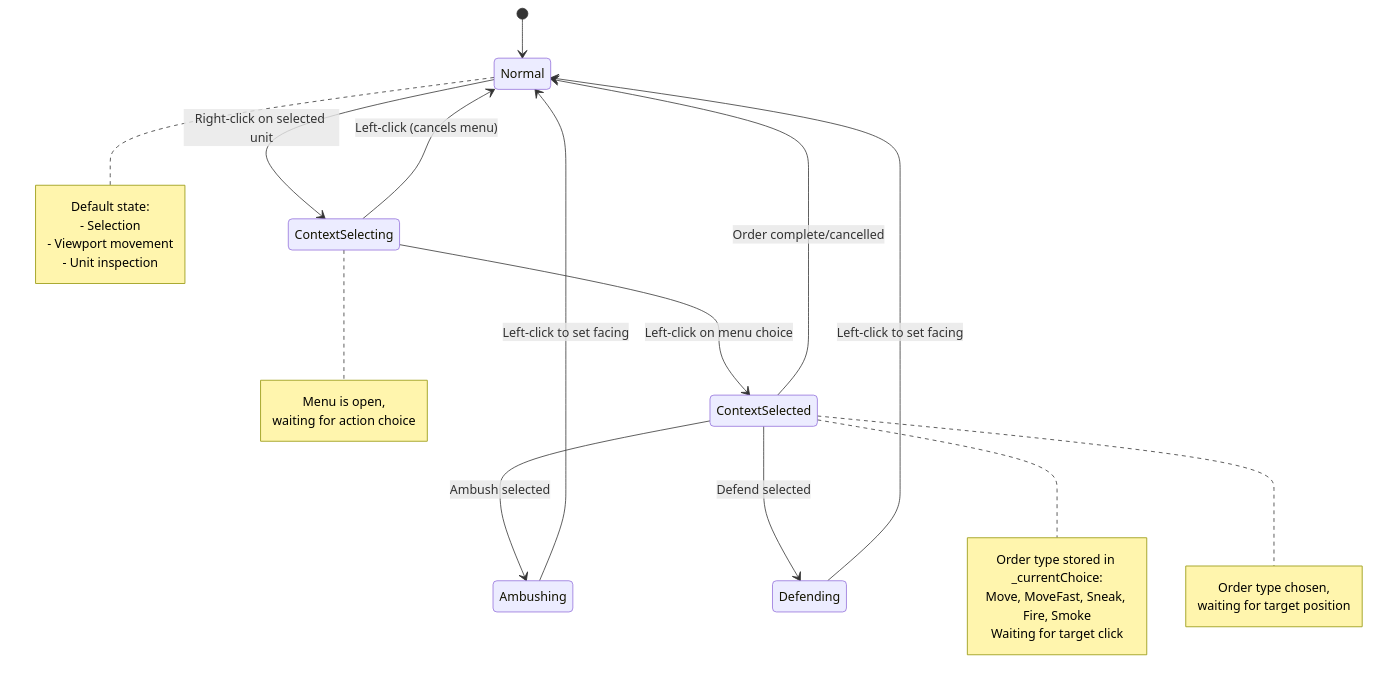
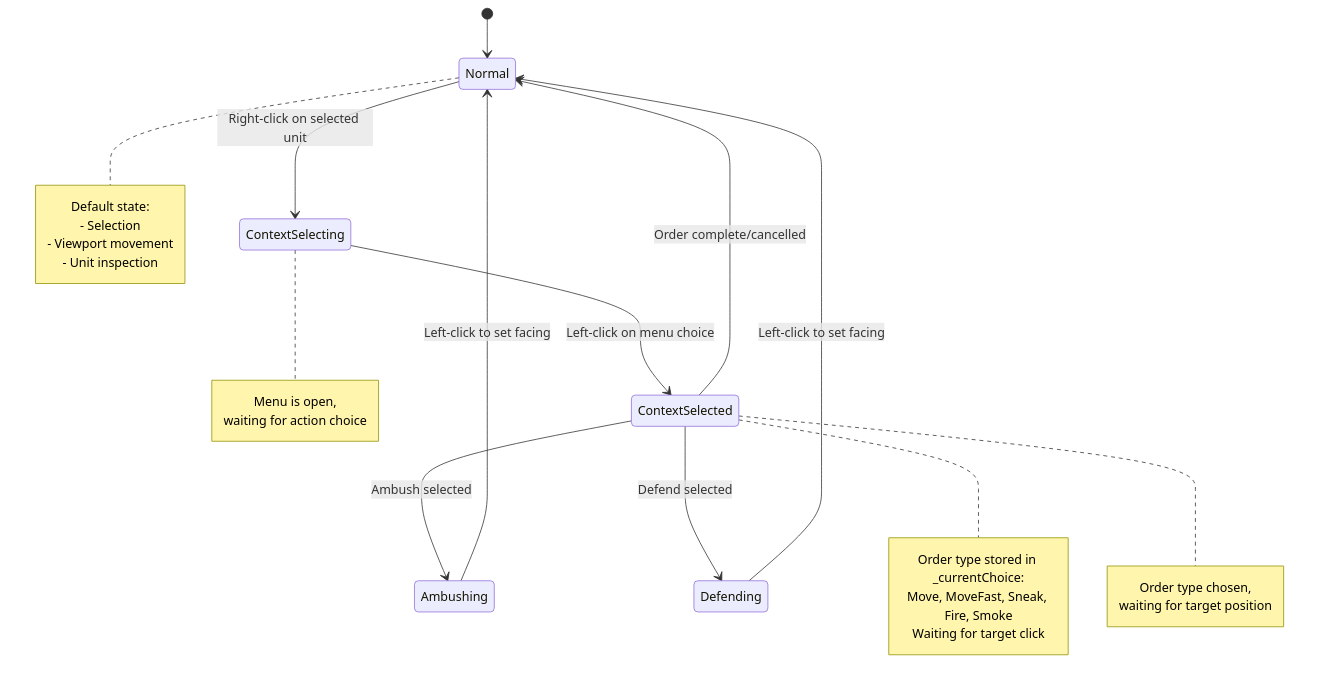
Before and after one commit to jukofyork/OpenCombat-SDL: diagram 12 of 13 in docs/chapters/09-ui-combat.md, drawn with Mermaid. The commit also changed other lines of this file and 9 other files, not shown here.

````diff
--- a/docs/chapters/09-ui-combat.md
+++ b/docs/chapters/09-ui-combat.md
@@ -395,40 +395,39 @@
 ```mermaid
 stateDiagram-v2
     [*] --> Normal
     
     Normal --> ContextSelecting: Right-click on selected unit
-    ContextSelecting --> Normal: Left-click (cancels menu)
     
     ContextSelecting --> ContextSelected: Left-click on menu choice
     
     ContextSelected --> Normal: Order complete/cancelled
     
     ContextSelected --> Ambushing: Ambush selected
     Ambushing --> Normal: Left-click to set facing
     
     ContextSelected --> Defending: Defend selected
     Defending --> Normal: Left-click to set facing
     
     note right of ContextSelected
         Order type stored in _currentChoice:
         Move, MoveFast, Sneak, Fire, Smoke
         Waiting for target click
     end note
     
     note right of Normal
         Default state:
         - Selection
         - Viewport movement
         - Unit inspection
     end note
     
     note right of ContextSelecting
         Menu is open,
         waiting for action choice
     end note
     
     note right of ContextSelected
         Order type chosen,
         waiting for target position
     end note
 ```
````
